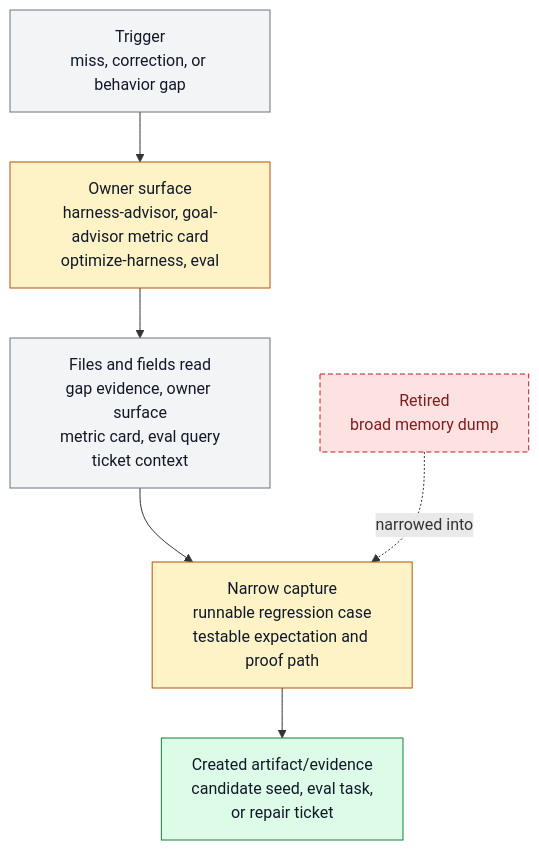
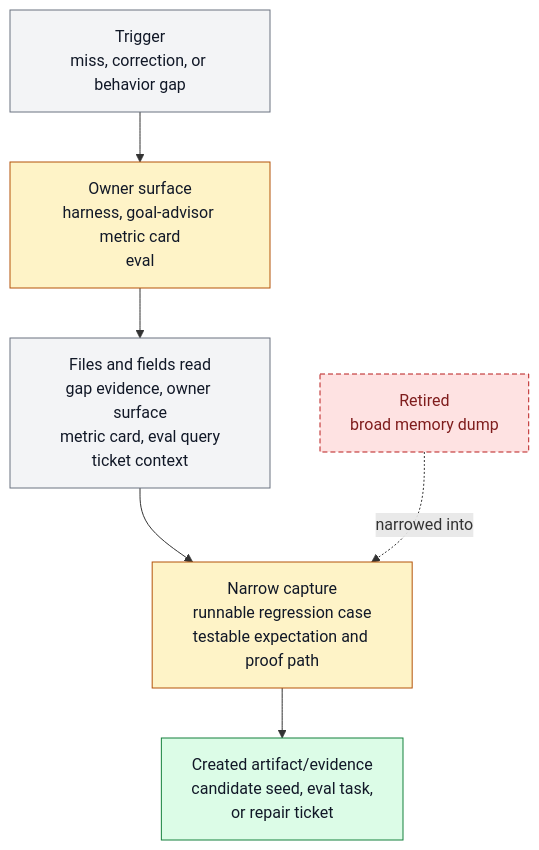
One commit to ZanarkandTechnologies/Farplane changed the diagram in docs/features/FEAT-0039-behavior-correction-hardcase-metadata-and-narrow-eval-capture.md. Above: the diagram before and after it, drawn with Mermaid. The commit also changed other lines of this file and 216 other files, not shown here.

````diff
--- a/docs/features/FEAT-0039-behavior-correction-hardcase-metadata-and-narrow-eval-capture.md
+++ b/docs/features/FEAT-0039-behavior-correction-hardcase-metadata-and-narrow-eval-capture.md
@@ -122,17 +119,17 @@
 ```mermaid
 flowchart TD
   classDef keep fill:#f3f4f6,stroke:#6b7280,color:#111827
   classDef changed fill:#fef3c7,stroke:#b45309,color:#111827
   classDef added fill:#dcfce7,stroke:#15803d,color:#111827
   classDef retired fill:#fee2e2,stroke:#b91c1c,color:#7f1d1d,stroke-dasharray: 5 3
 
   trigger["Trigger<br/>miss, correction, or behavior gap"]:::keep
-  owner["Owner surface<br/>harness-advisor, goal-advisor metric card<br/>optimize-harness, eval"]:::changed
+  owner["Owner surface<br/>harness, goal-advisor metric card<br/>eval"]:::changed
   readers["Files and fields read<br/>gap evidence, owner surface<br/>metric card, eval query<br/>ticket context"]:::keep
   capture["Narrow capture<br/>runnable regression case<br/>testable expectation and proof path"]:::changed
   artifact["Created artifact/evidence<br/>candidate seed, eval task,<br/>or repair ticket"]:::added
   old["Retired<br/>broad memory dump"]:::retired
 
   trigger --> owner --> readers --> capture --> artifact
   old -. narrowed into .-> capture
 ```
````
